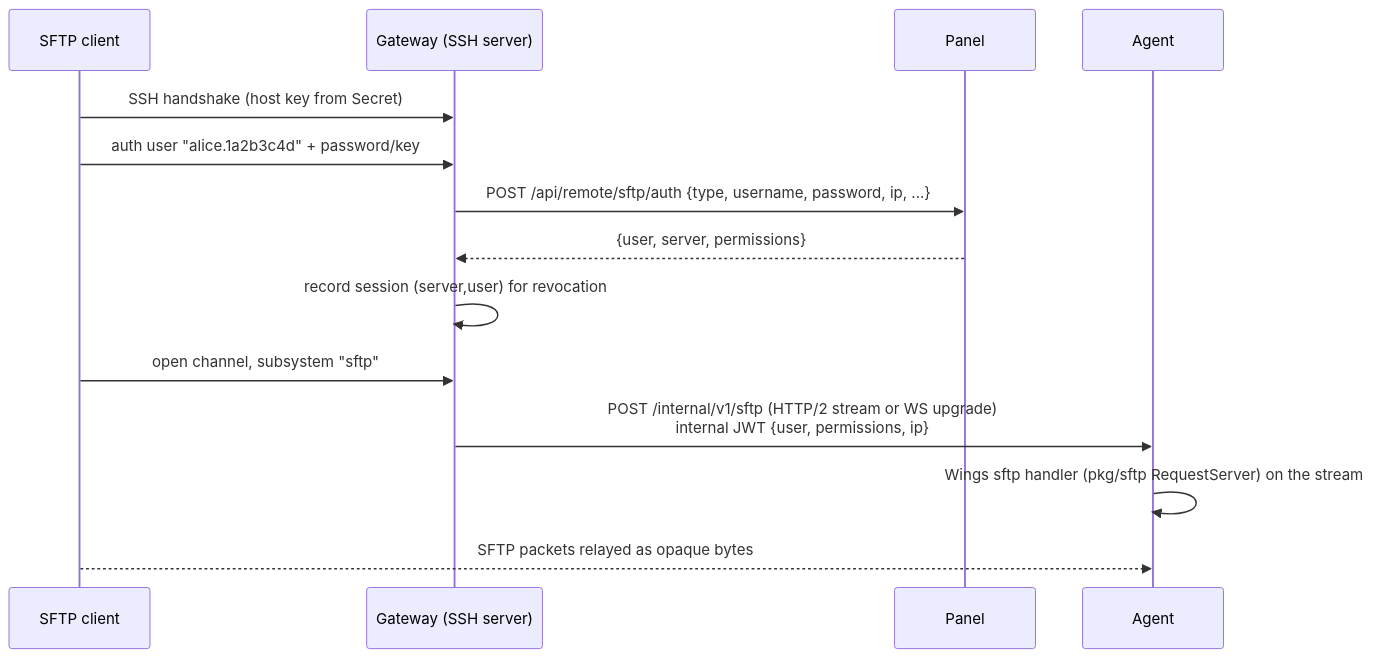
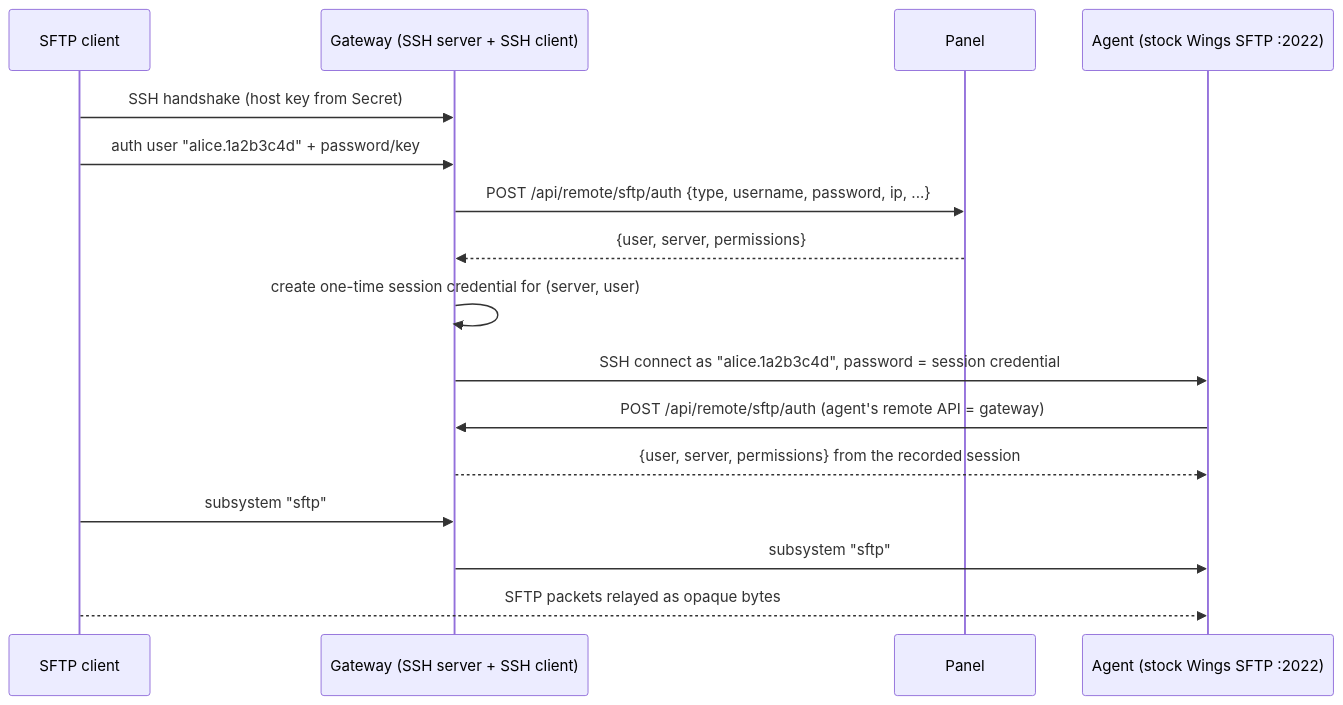
One commit to Claiyc/pelican-k8s changed the second of 5 diagrams in ARCHITECTURE.md. Above: the diagram before and after it, drawn with Mermaid. The commit also changed other lines of this file and 1 other file, not shown here.

````diff
--- a/ARCHITECTURE.md
+++ b/ARCHITECTURE.md
@@ -280,16 +281,18 @@
 ```mermaid
 sequenceDiagram
   participant C as SFTP client
-  participant G as Gateway (SSH server)
+  participant G as Gateway (SSH server + SSH client)
   participant P as Panel
-  participant A as Agent
+  participant A as Agent (stock Wings SFTP :2022)
   C->>G: SSH handshake (host key from Secret)
   C->>G: auth user "alice.1a2b3c4d" + password/key
   G->>P: POST /api/remote/sftp/auth {type, username, password, ip, ...}
   P-->>G: {user, server, permissions}
-  G->>G: record session (server,user) for revocation
-  C->>G: open channel, subsystem "sftp"
-  G->>A: POST /internal/v1/sftp (HTTP/2 stream or WS upgrade)<br/>internal JWT {user, permissions, ip}
-  A->>A: Wings sftp handler (pkg/sftp RequestServer) on the stream
+  G->>G: create one-time session credential for (server, user)
+  G->>A: SSH connect as "alice.1a2b3c4d", password = session credential
+  A->>G: POST /api/remote/sftp/auth (agent's remote API = gateway)
+  G-->>A: {user, server, permissions} from the recorded session
+  C->>G: subsystem "sftp"
+  G->>A: subsystem "sftp"
   C-->>A: SFTP packets relayed as opaque bytes
 ```
````
